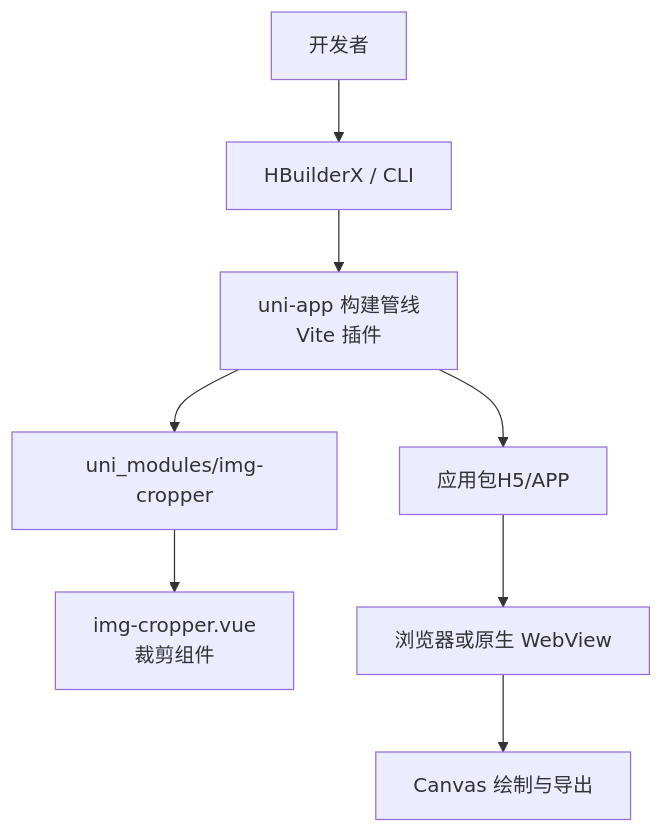
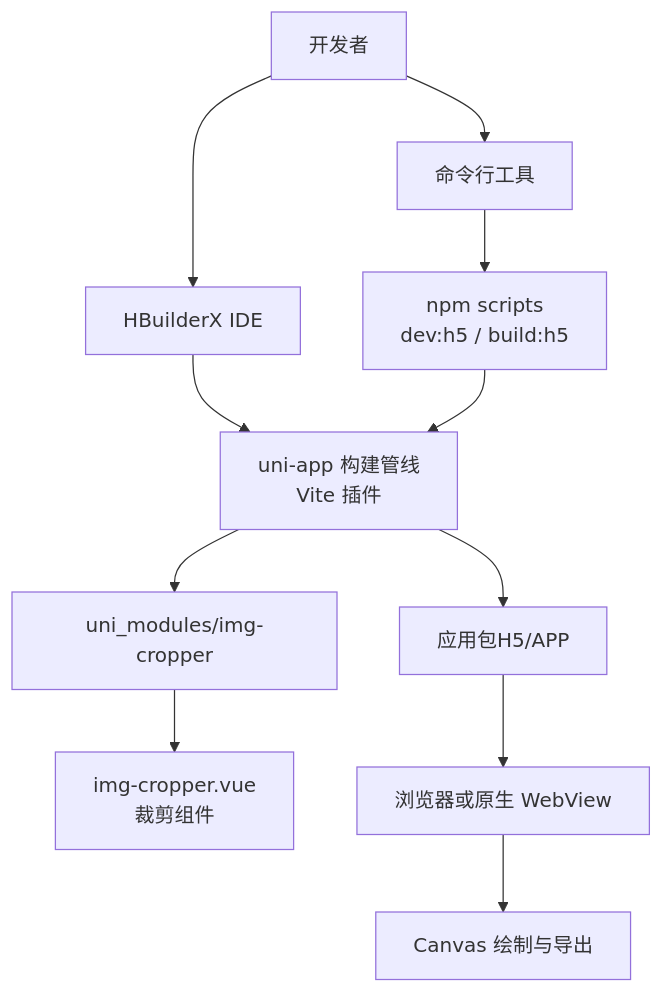
One commit to xyytwz/img-avatar-cropper changed the second of 7 diagrams in .qoder/repowiki/zh/content/部署与发布指南.md. Above: the diagram before and after it, drawn with Mermaid. The commit also changed other lines of this file and 18 other files, not shown here.

````diff
--- a/.qoder/repowiki/zh/content/部署与发布指南.md
+++ b/.qoder/repowiki/zh/content/部署与发布指南.md
@@ -83,10 +96,13 @@
 ```mermaid
 graph TB
-Dev["开发者"] --> HBuilderX["HBuilderX / CLI"]
+Dev["开发者"] --> HBuilderX["HBuilderX IDE"]
+Dev --> CLI["命令行工具"]
 HBuilderX --> Build["uni-app 构建管线<br/>Vite 插件"]
+CLI --> NPMScripts["npm scripts<br/>dev:h5 / build:h5"]
+NPMScripts --> Build
 Build --> UniModules["uni_modules/img-cropper"]
 UniModules --> Component["img-cropper.vue<br/>裁剪组件"]
 Build --> AppBundle["应用包H5/APP"]
 AppBundle --> Runtime["浏览器或原生 WebView"]
 Runtime --> Canvas["Canvas 绘制与导出"]
 ```
````
